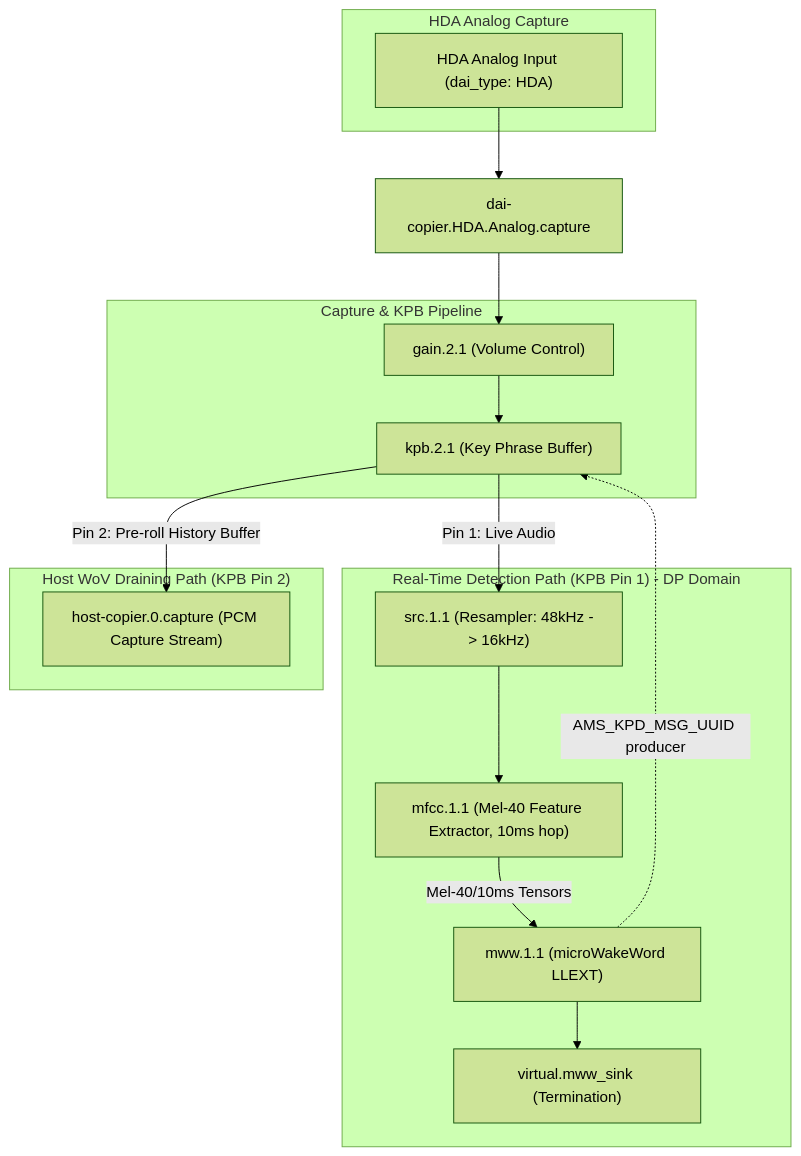
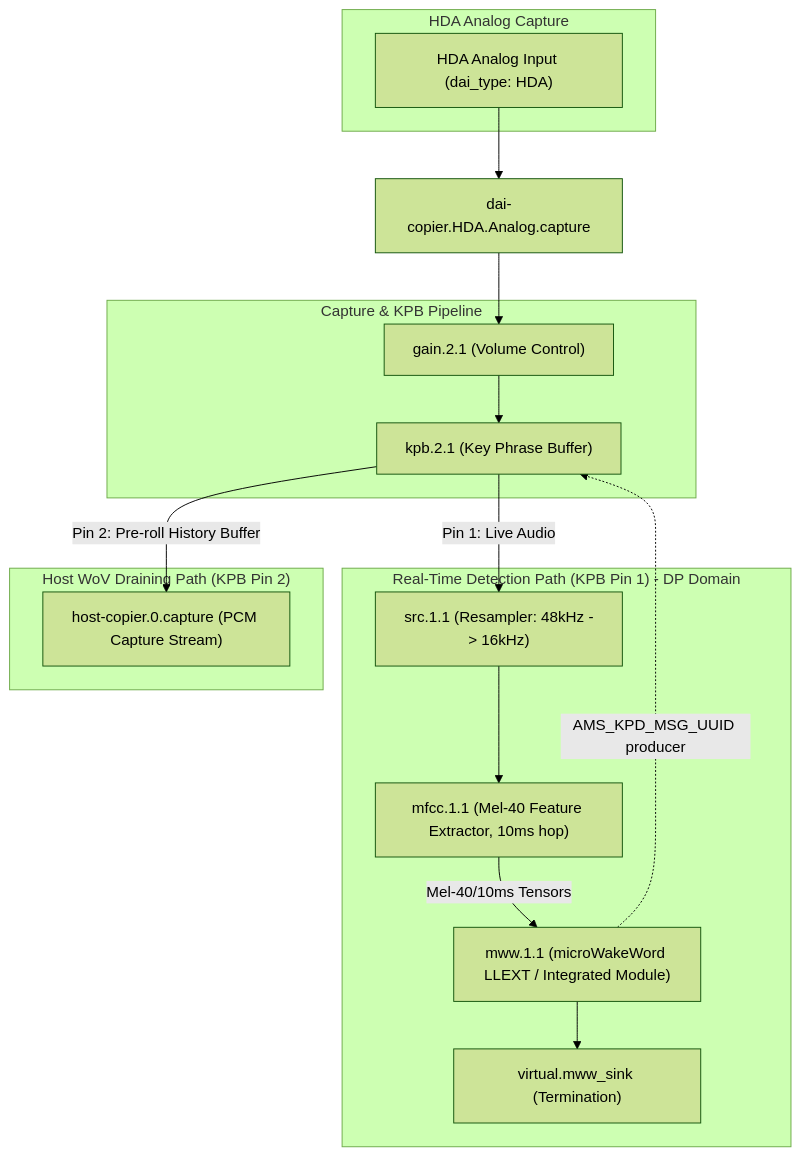
Before and after one commit to lgirdwood/sof: the diagram in src/audio/microwakeword/README.md, drawn with Mermaid (forest theme). The commit also changed other lines of this file, not shown here.

````diff
--- a/src/audio/microwakeword/README.md
+++ b/src/audio/microwakeword/README.md
@@ -40,34 +40,34 @@
 ```mermaid
 graph TD
     subgraph Audio_Input ["HDA Analog Capture"]
         HDA["HDA Analog Input (dai_type: HDA)"]
     end
 
     subgraph KPB_Pipeline ["Capture & KPB Pipeline"]
         Gain["gain.2.1 (Volume Control)"]
         KPB["kpb.2.1 (Key Phrase Buffer)"]
     end
 
     subgraph Detect_Pipeline ["Real-Time Detection Path (KPB Pin 1) - DP Domain"]
         SRC["src.1.1 (Resampler: 48kHz -> 16kHz)"]
         MFCC["mfcc.1.1 (Mel-40 Feature Extractor, 10ms hop)"]
-        MWW["mww.1.1 (microWakeWord LLEXT)"]
+        MWW["mww.1.1 (microWakeWord LLEXT / Integrated Module)"]
         VSink["virtual.mww_sink (Termination)"]
     end
 
     subgraph Host_Pipeline ["Host WoV Draining Path (KPB Pin 2)"]
         Host["host-copier.0.capture (PCM Capture Stream)"]
     end
 
     HDA --> DAI["dai-copier.HDA.Analog.capture"]
     DAI --> Gain
     Gain --> KPB
     KPB -- Pin 1: Live Audio --> SRC
     SRC --> MFCC
     MFCC -- Mel-40/10ms Tensors --> MWW
     MWW --> VSink
 
     MWW -.->|AMS_KPD_MSG_UUID producer| KPB
 
     KPB -- Pin 2: Pre-roll History Buffer --> Host
 ```
````
